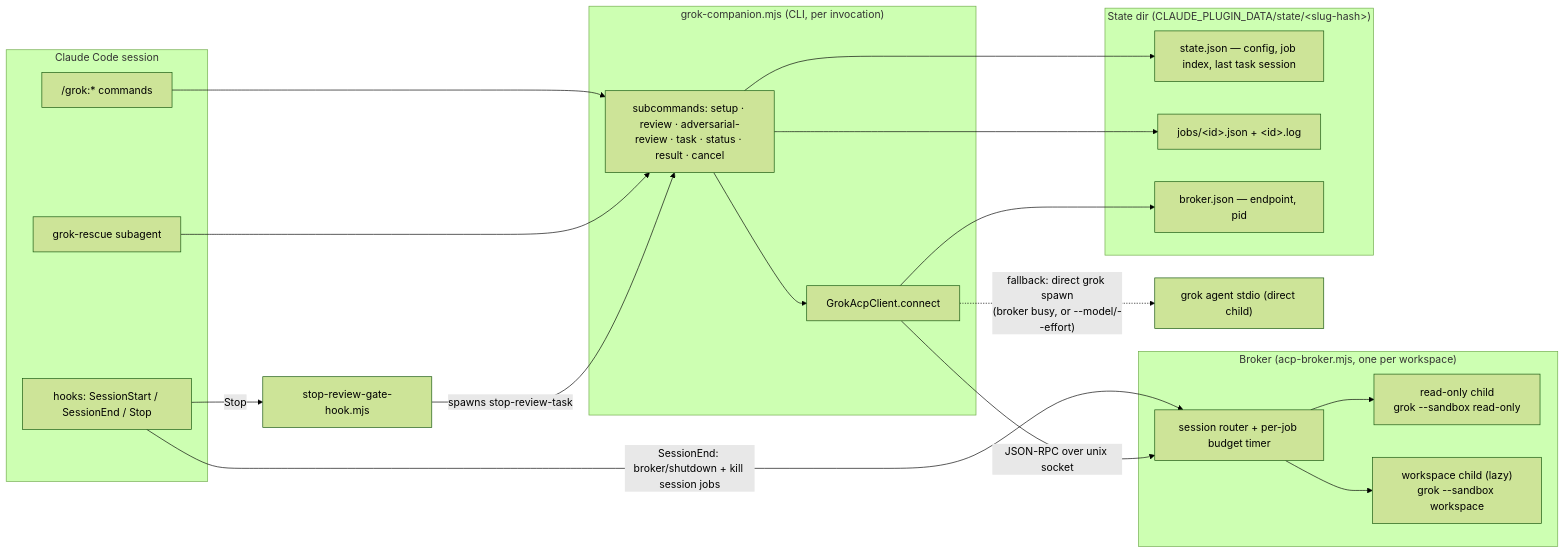
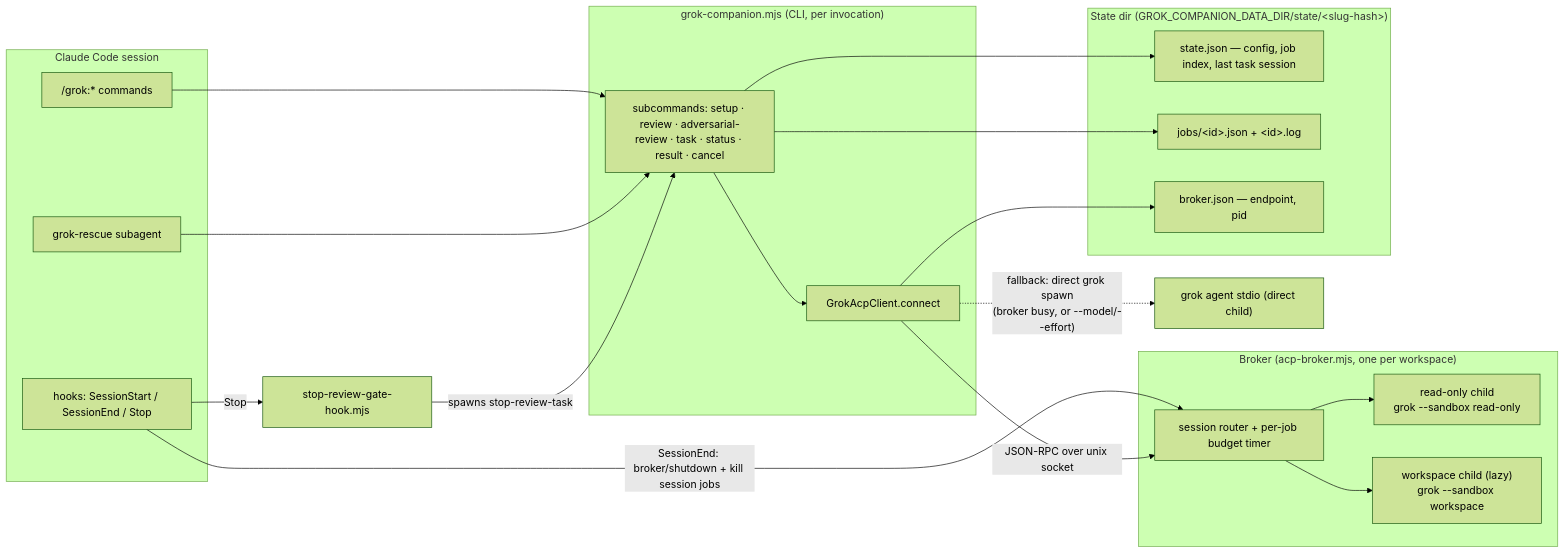
One commit to fuentesjr/grok-plugin-cc changed the first of 4 diagrams in docs/architecture.md. Above: the diagram before and after it, drawn with Mermaid (forest theme). The commit also changed other lines of this file and 16 other files, not shown here.

````diff
--- a/docs/architecture.md
+++ b/docs/architecture.md
@@ -9,39 +9,39 @@
 ```mermaid
 flowchart LR
     subgraph claude["Claude Code session"]
         cmds["/grok:* commands"]
         rescue["grok-rescue subagent"]
         hooks["hooks: SessionStart / SessionEnd / Stop"]
     end
 
     subgraph companion["grok-companion.mjs (CLI, per invocation)"]
         sub["subcommands: setup · review · adversarial-review · task · status · result · cancel"]
         acp["GrokAcpClient.connect"]
     end
 
     subgraph broker["Broker (acp-broker.mjs, one per workspace)"]
         route["session router + per-job budget timer"]
         ro["read-only child<br/>grok --sandbox read-only"]
         ws["workspace child (lazy)<br/>grok --sandbox workspace"]
     end
 
-    subgraph state["State dir (CLAUDE_PLUGIN_DATA/state/&lt;slug-hash&gt;)"]
+    subgraph state["State dir (GROK_COMPANION_DATA_DIR/state/&lt;slug-hash&gt;)"]
         sj["state.json — config, job index, last task session"]
         jf["jobs/&lt;id&gt;.json + &lt;id&gt;.log"]
         bj["broker.json — endpoint, pid"]
     end
 
     cmds --> sub
     rescue --> sub
     hooks -->|"Stop"| stopgate["stop-review-gate-hook.mjs"]
     stopgate -->|"spawns stop-review-task"| sub
     hooks -->|"SessionEnd: broker/shutdown + kill session jobs"| route
     sub --> acp
     acp -->|"JSON-RPC over unix socket"| route
     acp -.->|"fallback: direct grok spawn<br/>(broker busy, or --model/--effort)"| direct["grok agent stdio (direct child)"]
     route --> ro
     route --> ws
     sub --> sj
     sub --> jf
     acp --> bj
 ```
````
